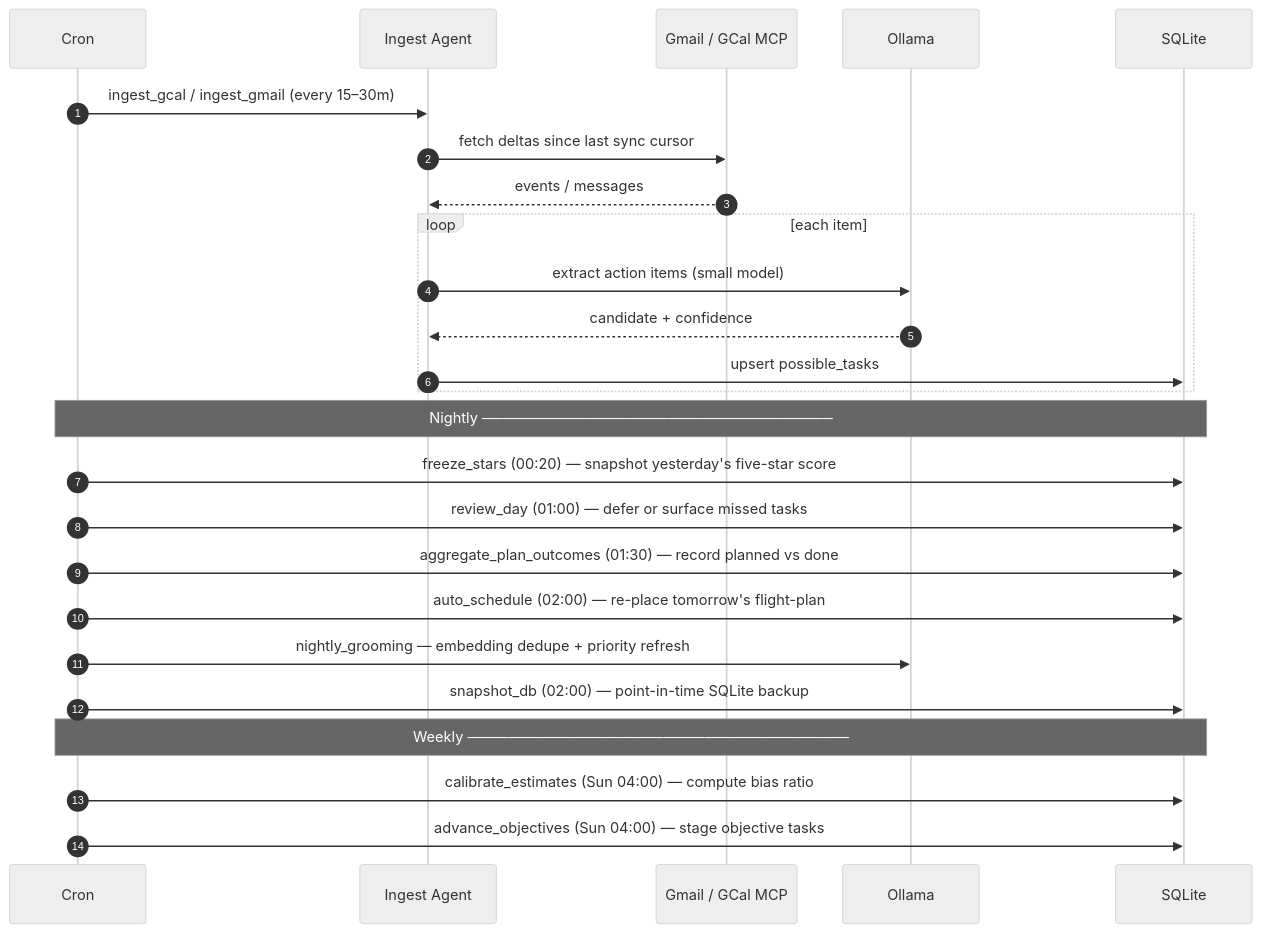
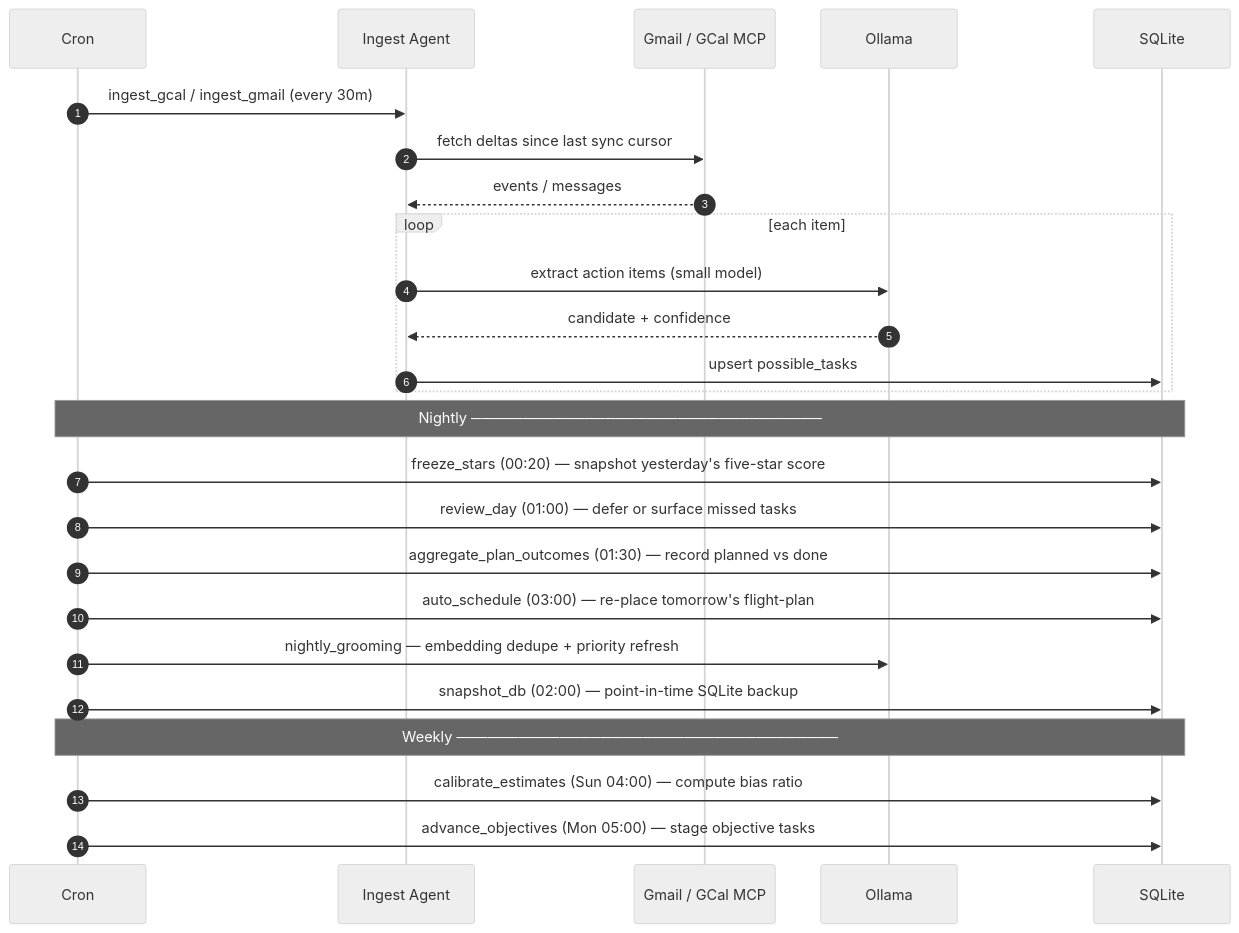
The third of 6 diagrams in ARCHITECTURE.md (companionintelligence/CI-Planning), drawn with Mermaid (neutral theme) before and after one commit. The commit also changed other lines of this file and 2 other files, not shown here.

````diff
--- a/ARCHITECTURE.md
+++ b/ARCHITECTURE.md
@@ -205,30 +205,30 @@
 ```mermaid
 sequenceDiagram
     autonumber
     participant Cron
     participant Ing as Ingest Agent
     participant MCP as Gmail / GCal MCP
     participant LLM as Ollama
     participant DB as SQLite
 
-    Cron->>Ing: ingest_gcal / ingest_gmail (every 15–30m)
+    Cron->>Ing: ingest_gcal / ingest_gmail (every 30m)
     Ing->>MCP: fetch deltas since last sync cursor
     MCP-->>Ing: events / messages
     loop each item
         Ing->>LLM: extract action items (small model)
         LLM-->>Ing: candidate + confidence
         Ing->>DB: upsert possible_tasks
     end
 
     Note over Cron,DB: Nightly ──────────────────────────────────
     Cron->>DB: freeze_stars (00:20) — snapshot yesterday's five-star score
     Cron->>DB: review_day (01:00) — defer or surface missed tasks
     Cron->>DB: aggregate_plan_outcomes (01:30) — record planned vs done
-    Cron->>DB: auto_schedule (02:00) — re-place tomorrow's flight-plan
+    Cron->>DB: auto_schedule (03:00) — re-place tomorrow's flight-plan
     Cron->>LLM: nightly_grooming — embedding dedupe + priority refresh
     Cron->>DB: snapshot_db (02:00) — point-in-time SQLite backup
 
     Note over Cron,DB: Weekly ─────────────────────────────────────
     Cron->>DB: calibrate_estimates (Sun 04:00) — compute bias ratio
-    Cron->>DB: advance_objectives (Sun 04:00) — stage objective tasks
+    Cron->>DB: advance_objectives (Mon 05:00) — stage objective tasks
 ```
````
